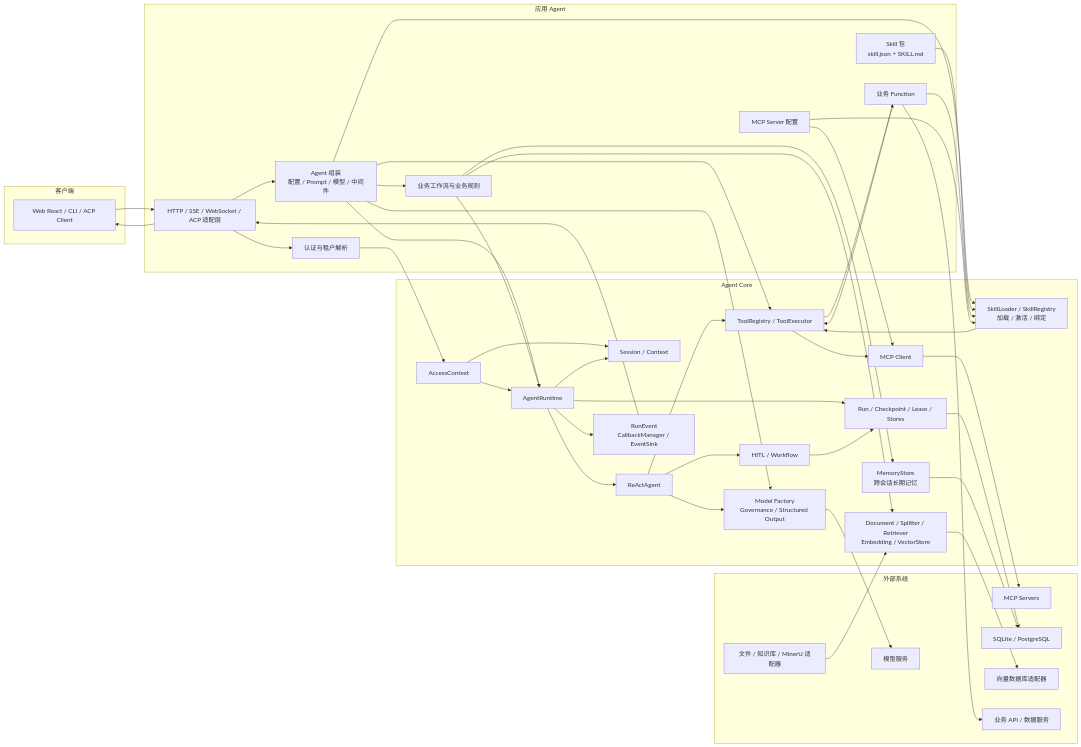
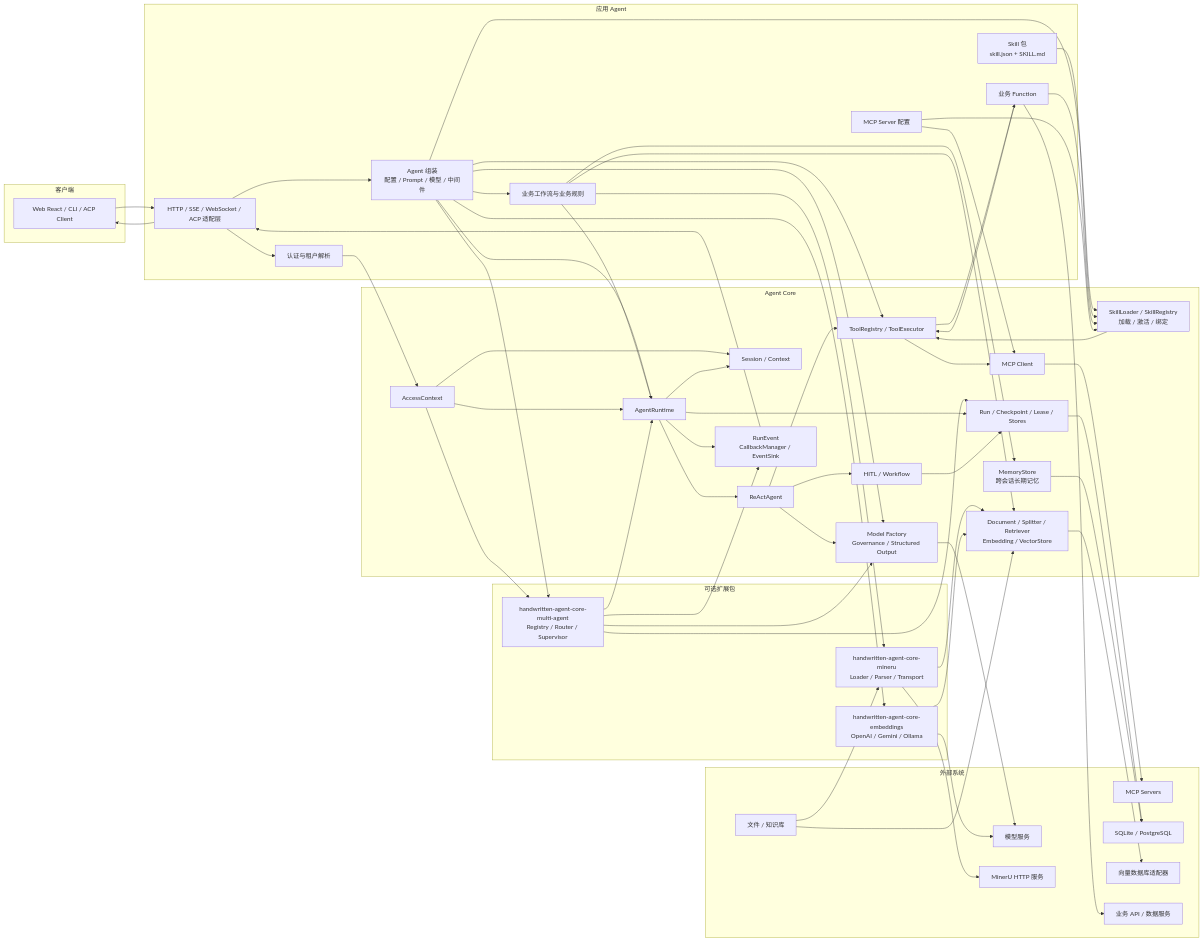
One commit to qiuzixu/agent-core changed the second of 6 diagrams in docs/ARCHITECTURE.md. Above: the diagram before and after it, drawn with Mermaid. The commit also changed other lines of this file and 52 other files, not shown here.

First line of the commit message:
feat: 新增三个独立扩展包：MinerU 文档解析、Embedding Provider 和多 Agent 编排

```diff
--- a/docs/ARCHITECTURE.md
+++ b/docs/ARCHITECTURE.md
@@ -164,11 +165,18 @@
         EVENTS["RunEvent<br/>CallbackManager / EventSink"]
     end
 
+    subgraph EXTENSIONS["可选扩展包"]
+        MINERUADAPTER["handwritten-agent-core-mineru<br/>Loader / Parser / Transport"]
+        EMBEDDINGADAPTER["handwritten-agent-core-embeddings<br/>OpenAI / Gemini / Ollama"]
+        MULTIAGENT["handwritten-agent-core-multi-agent<br/>Registry / Router / Supervisor"]
+    end
+
     subgraph EXTERNAL["外部系统"]
         LLM["模型服务"]
         MCPSERVER["MCP Servers"]
         DBS["SQLite / PostgreSQL"]
-        CORPUS["文件 / 知识库 / MinerU 适配器"]
+        CORPUS["文件 / 知识库"]
+        MINERU["MinerU HTTP 服务"]
         VECTORDB["向量数据库适配器"]
         SERVICES["业务 API / 数据服务"]
     end
@@ -182,6 +190,8 @@
     ASSEMBLY --> MODELFACTORY
     ASSEMBLY --> TOOLING
     ASSEMBLY --> AGENTRUNTIME
+    ASSEMBLY --> EMBEDDINGADAPTER
+    ASSEMBLY --> MULTIAGENT
 
     BUSINESS --> AGENTRUNTIME
     SKILLPACKS --> SKILLENGINE
@@ -193,12 +203,17 @@
 
     ACCESSCTX --> SESSIONS
     ACCESSCTX --> AGENTRUNTIME
+    ACCESSCTX --> MULTIAGENT
     AGENTRUNTIME --> SESSIONS
     AGENTRUNTIME --> LOOP
     LOOP --> MODELFACTORY
     LOOP --> TOOLING
     LOOP --> APPROVAL
     MODELFACTORY --> LLM
+    MULTIAGENT --> MODELFACTORY
+    MULTIAGENT --> AGENTRUNTIME
+    MULTIAGENT --> PERSIST
+    MULTIAGENT --> EVENTS
     TOOLING --> LOCAL
     TOOLING --> MCPCLIENT
     MCPCLIENT --> MCPSERVER
@@ -206,6 +221,12 @@
     AGENTRUNTIME --> PERSIST
     BUSINESS --> MEMORY
     CORPUS --> KNOWLEDGE
+    CORPUS --> MINERUADAPTER
+    BUSINESS --> MINERUADAPTER
+    MINERUADAPTER --> KNOWLEDGE
+    MINERUADAPTER --> MINERU
+    EMBEDDINGADAPTER --> KNOWLEDGE
+    EMBEDDINGADAPTER --> LLM
     KNOWLEDGE --> VECTORDB
     BUSINESS --> KNOWLEDGE
     APPROVAL --> PERSIST
```
